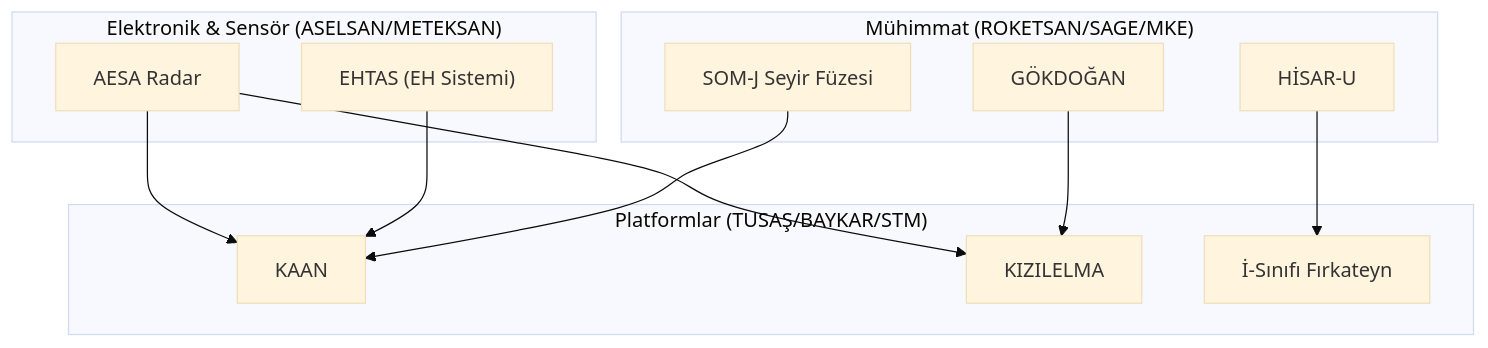
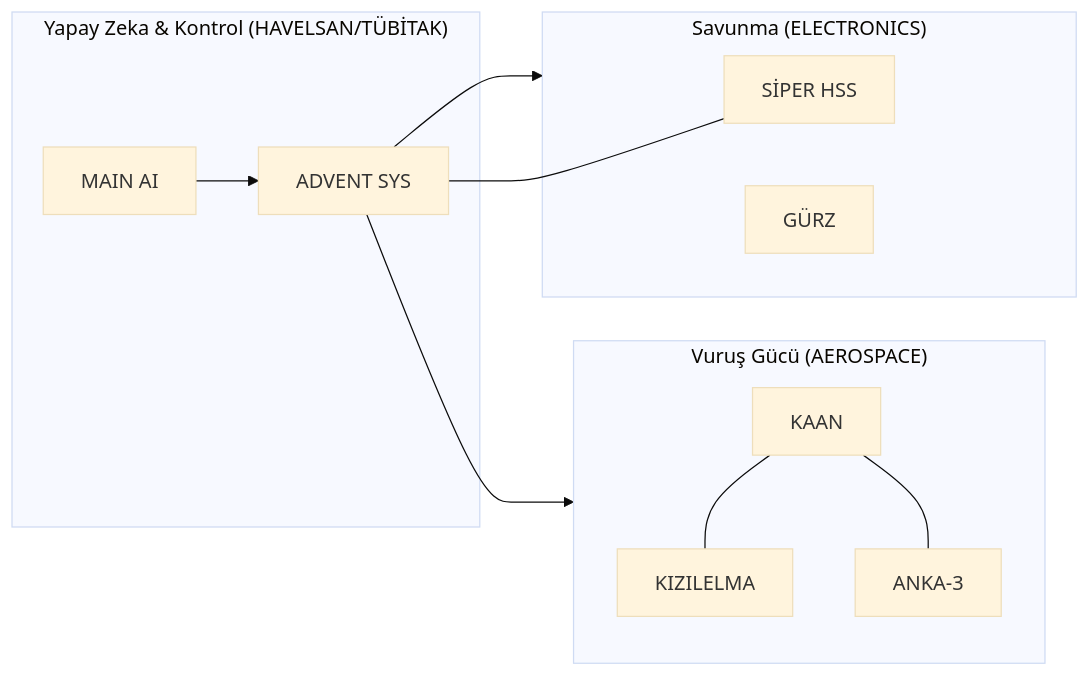
The diagram in README.md (bahattinyunus/Milli-Teknoloji-Envanteri), drawn with Mermaid (base theme) before and after one commit. The commit also changed other lines of this file and 15 other files, not shown here.

````diff
--- a/README.md
+++ b/README.md
@@ -64,26 +76,25 @@
 ```mermaid
-graph TD
-    subgraph SENSORS ["Elektronik & Sensör (ASELSAN/METEKSAN)"]
-    E1["AESA Radar"]
-    E2["EHTAS (EH Sistemi)"]
+graph LR
+    subgraph BRAIN ["Yapay Zeka & Kontrol (HAVELSAN/TÜBİTAK)"]
+    MAIN["MAIN AI"]
+    ADVENT["ADVENT SYS"]
     end
     
-    subgraph PLATFORMS ["Platformlar (TUSAŞ/BAYKAR/STM)"]
-    P1["KAAN"]
-    P2["KIZILELMA"]
-    P3["İ-Sınıfı Fırkateyn"]
+    subgraph STRIKE ["Vuruş Gücü (AEROSPACE)"]
+    KIZ["KIZILELMA"]
+    KAAN["KAAN"]
+    ANKA["ANKA-3"]
     end
     
-    subgraph WEAPONS ["Mühimmat (ROKETSAN/SAGE/MKE)"]
-    W1["SOM-J Seyir Füzesi"]
-    W2["HİSAR-U"]
-    W3["GÖKDOĞAN"]
+    subgraph SHIELD ["Savunma (ELECTRONICS)"]
+    SIPER["SİPER HSS"]
+    GURZ["GÜRZ"]
     end
     
-    E1 --> P1
-    E1 --> P2
-    E2 --> P1
-    W1 --> P1
-    W3 --> P2
-    W2 --> P3
+    MAIN --> ADVENT
+    ADVENT --> STRIKE
+    ADVENT --> SHIELD
+    KAAN --- KIZ
+    KAAN --- ANKA
+    SIPER --- ADVENT
 ```
````
